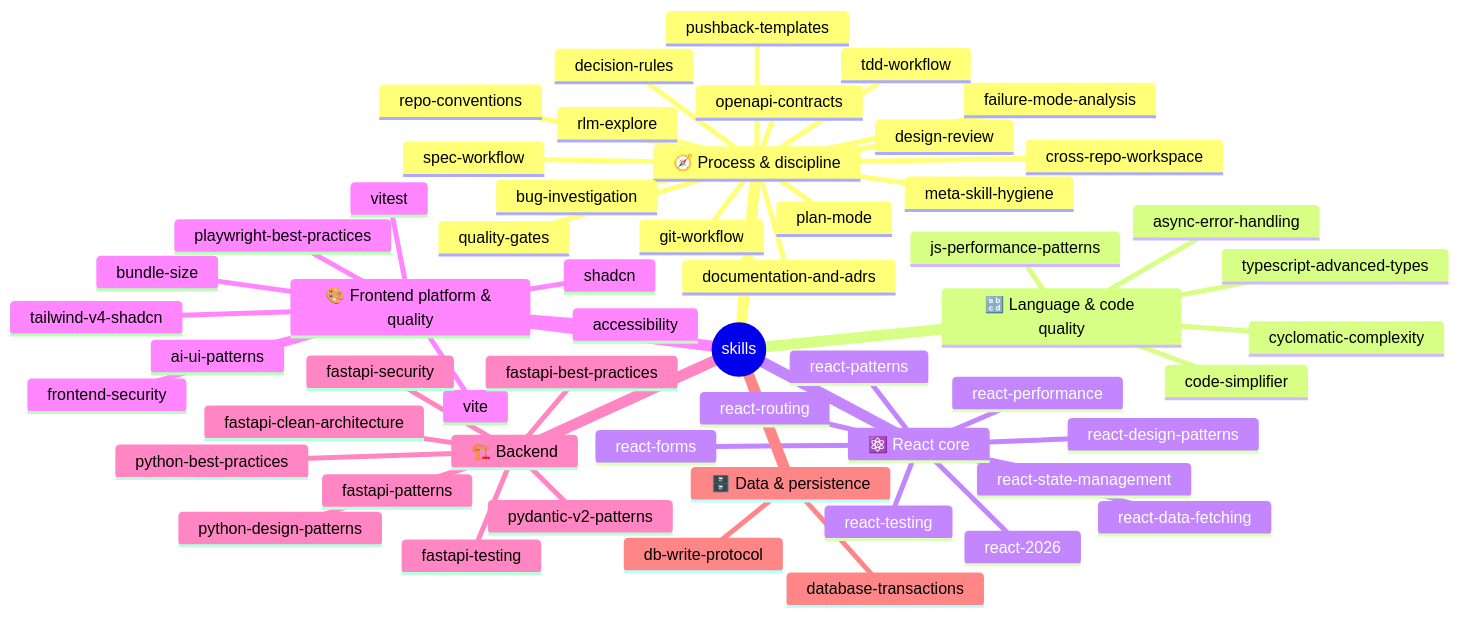
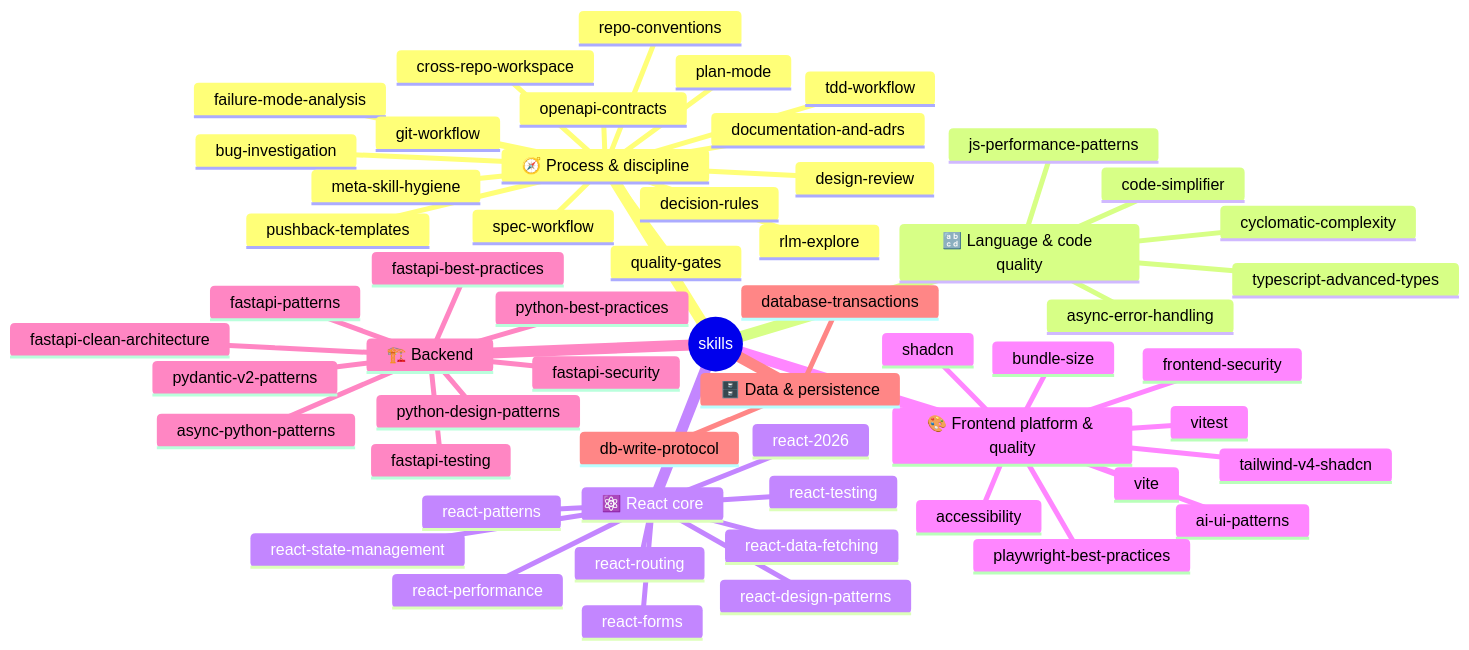
One commit to TierOne-Studio/llm-harness-fastapi-react changed the diagram in template/.ruler/skills/README.md. Above: the diagram before and after it, drawn with Mermaid. The commit also changed other lines of this file and 3 other files, not shown here.

First line of the commit message:
feat(skills): add async-python-patterns skill

````diff
--- a/template/.ruler/skills/README.md
+++ b/template/.ruler/skills/README.md
@@ -12,59 +12,60 @@
 ```mermaid
 mindmap
   root((skills))
     🧭 Process & discipline
       bug-investigation
       cross-repo-workspace
       decision-rules
       design-review
       documentation-and-adrs
       failure-mode-analysis
       git-workflow
       meta-skill-hygiene
       openapi-contracts
       plan-mode
       pushback-templates
       quality-gates
       repo-conventions
       rlm-explore
       spec-workflow
       tdd-workflow
     🔡 Language & code quality
       async-error-handling
       code-simplifier
       cyclomatic-complexity
       js-performance-patterns
       typescript-advanced-types
     ⚛️ React core
       react-2026
       react-data-fetching
       react-design-patterns
       react-forms
       react-patterns
       react-performance
       react-routing
       react-state-management
       react-testing
     🎨 Frontend platform & quality
       accessibility
       ai-ui-patterns
       bundle-size
       frontend-security
       playwright-best-practices
       shadcn
       tailwind-v4-shadcn
       vite
       vitest
     🏗️ Backend
+      async-python-patterns
       fastapi-best-practices
       fastapi-clean-architecture
       fastapi-patterns
       fastapi-security
       fastapi-testing
       pydantic-v2-patterns
       python-best-practices
       python-design-patterns
     🗄️ Data & persistence
       database-transactions
       db-write-protocol
 ```
````
